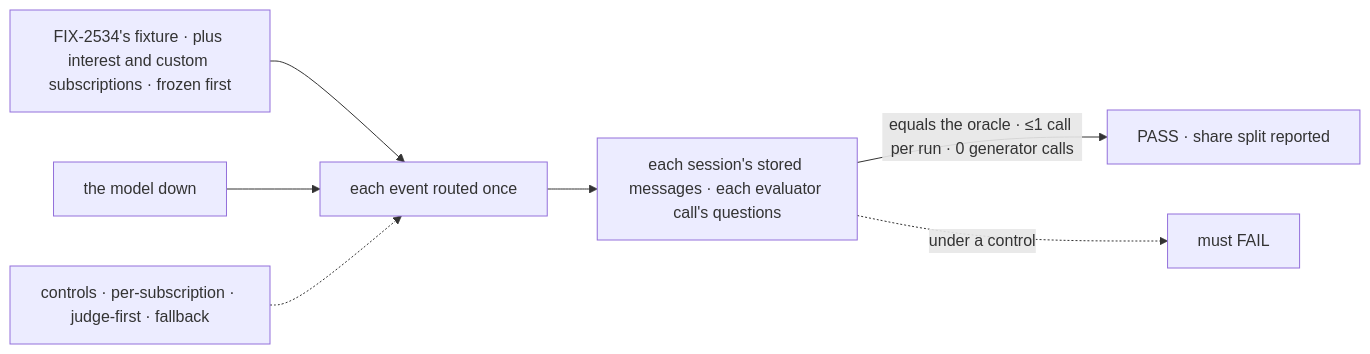
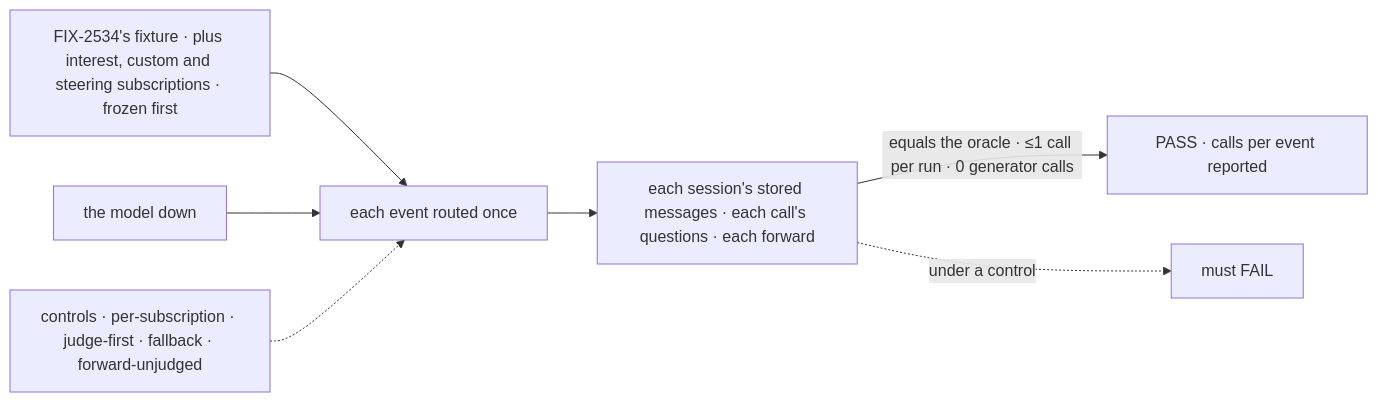
The first of 2 diagrams in specs/issues/FIX-2537/SPEC.md (fixpoint-labs/flow-state-dev), drawn with Mermaid before and after one commit. The commit also changed other lines of this file and 5 other files, not shown here.

````diff
--- a/specs/issues/FIX-2537/SPEC.md
+++ b/specs/issues/FIX-2537/SPEC.md
@@ -31,9 +31,9 @@
 ```mermaid
 flowchart LR
-  F["FIX-2534's fixture · plus interest and custom subscriptions · frozen first"] --> R["each event routed once"]
-  R --> S["each session's stored messages · each evaluator call's questions"]
-  S -->|"equals the oracle · ≤1 call per run · 0 generator calls"| OK["PASS · share split reported"]
+  F["FIX-2534's fixture · plus interest, custom and steering subscriptions · frozen first"] --> R["each event routed once"]
+  R --> S["each session's stored messages · each call's questions · each forward"]
+  S -->|"equals the oracle · ≤1 call per run · 0 generator calls"| OK["PASS · calls per event reported"]
   D["the model down"] --> R
-  C["controls · per-subscription · judge-first · fallback"] -.-> R
+  C["controls · per-subscription · judge-first · fallback · forward-unjudged"] -.-> R
   S -.->|"under a control"| X["must FAIL"]
 ```
````
